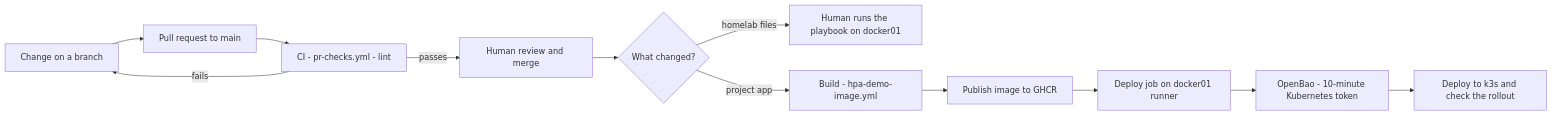
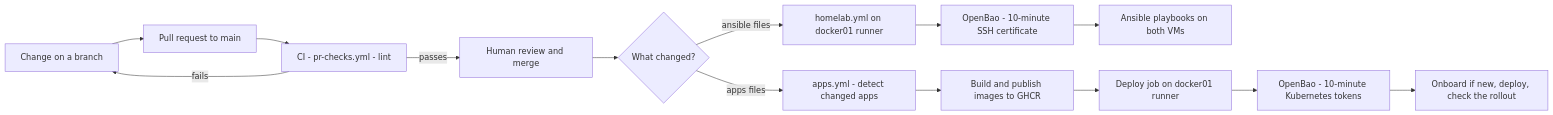
The second of 2 diagrams in README.md (Zulhardy/homelab), drawn with Mermaid before and after one commit. The commit also changed other lines of this file and 30 other files, not shown here.

First line of the commit message:
feat: fully automatic after merge (homelab playbooks, generic apps pipeline, OpenBao auto-unseal)

````diff
--- a/README.md
+++ b/README.md
@@ -113,14 +128,16 @@
 ```mermaid
 flowchart LR
     A["Change on a branch"] --> B["Pull request to main"]
     B --> C["CI - pr-checks.yml - lint"]
     C -->|"fails"| A
     C -->|"passes"| D["Human review and merge"]
     D --> E{"What changed?"}
-    E -->|"homelab files"| F["Human runs the playbook on docker01"]
-    E -->|"project app"| G["Build - hpa-demo-image.yml"]
-    G --> H["Publish image to GHCR"]
+    E -->|"ansible files"| F["homelab.yml on docker01 runner"]
+    F --> F2["OpenBao - 10-minute SSH certificate"]
+    F2 --> F3["Ansible playbooks on both VMs"]
+    E -->|"apps files"| G["apps.yml - detect changed apps"]
+    G --> H["Build and publish images to GHCR"]
     H --> J["Deploy job on docker01 runner"]
-    J --> K["OpenBao - 10-minute Kubernetes token"]
-    K --> I["Deploy to k3s and check the rollout"]
+    J --> K["OpenBao - 10-minute Kubernetes tokens"]
+    K --> I["Onboard if new, deploy, check the rollout"]
 ```
````
